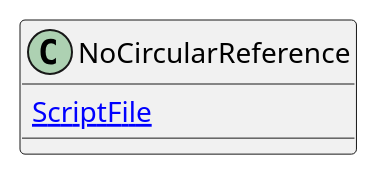
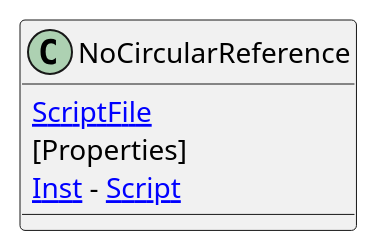
Before and after one commit to chickensoft-games/UMLGenerator: the diagram in src/Chickensoft.UMLGenerator.Tests/Snapshots/NoCircularReference_NoCircularReference.verified.puml, drawn with PlantUML. The commit also changed 7 other files, not shown here.

```diff
--- a/src/Chickensoft.UMLGenerator.Tests/Snapshots/NoCircularReference_NoCircularReference.verified.puml
+++ b/src/Chickensoft.UMLGenerator.Tests/Snapshots/NoCircularReference_NoCircularReference.verified.puml
@@ -1,7 +1,9 @@
 @startuml
 
 class NoCircularReference  {
-	[[vscode://file/{ProjectDirectory}TestCases/NoCircularReference/NoCircularReference.cs ScriptFile]]
+    [[vscode://file/{ProjectDirectory}TestCases/NoCircularReference/NoCircularReference.cs ScriptFile]]
+    [Properties]
+    [[vscode://file/{ProjectDirectory}TestCases/NoCircularReference/NoCircularReference.cs:9 Inst]] - [[vscode://file/{ProjectDirectory}TestCases/NoCircularReference/NoCircularReference.cs Script]]
 }
 
 @enduml
```
